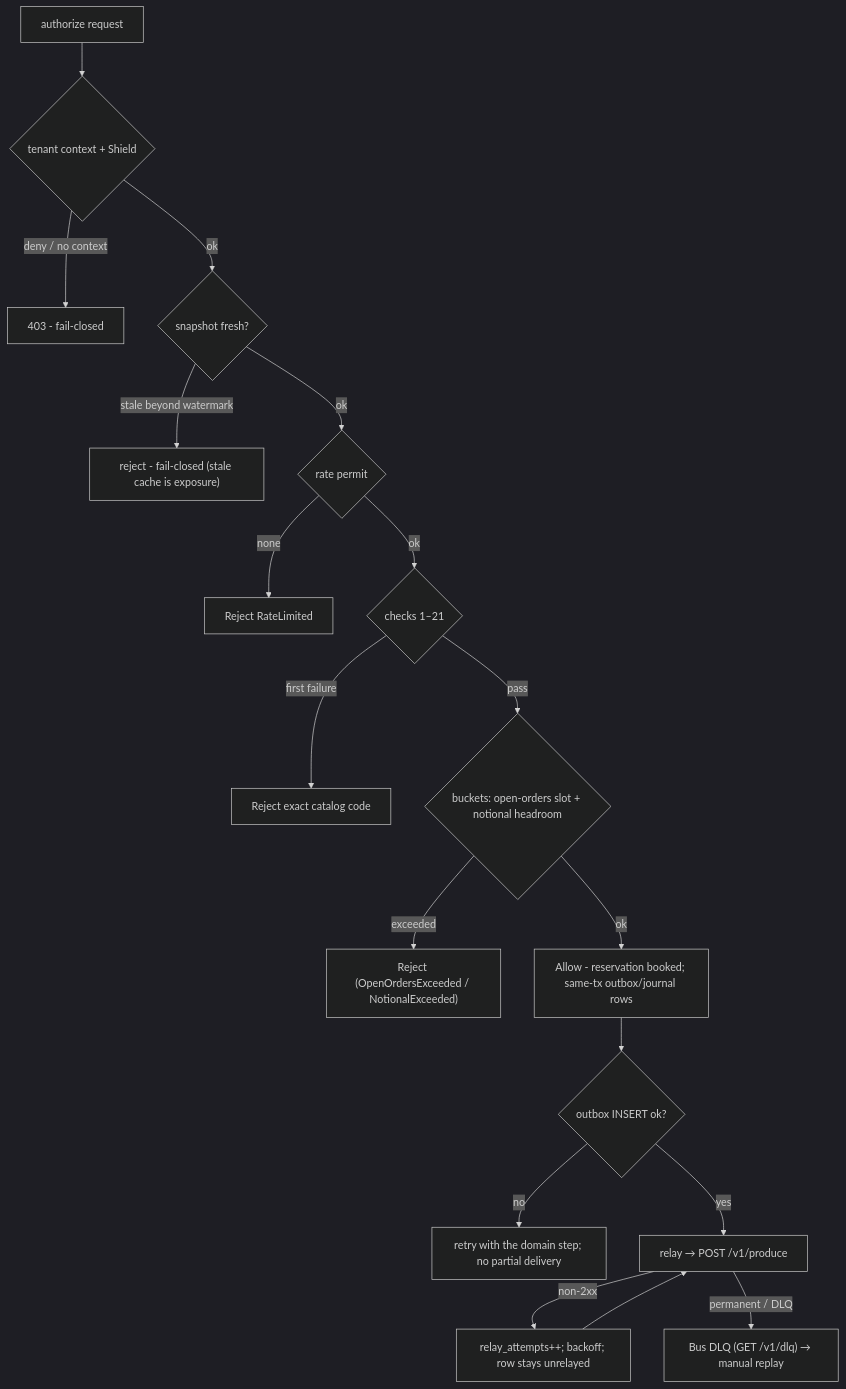
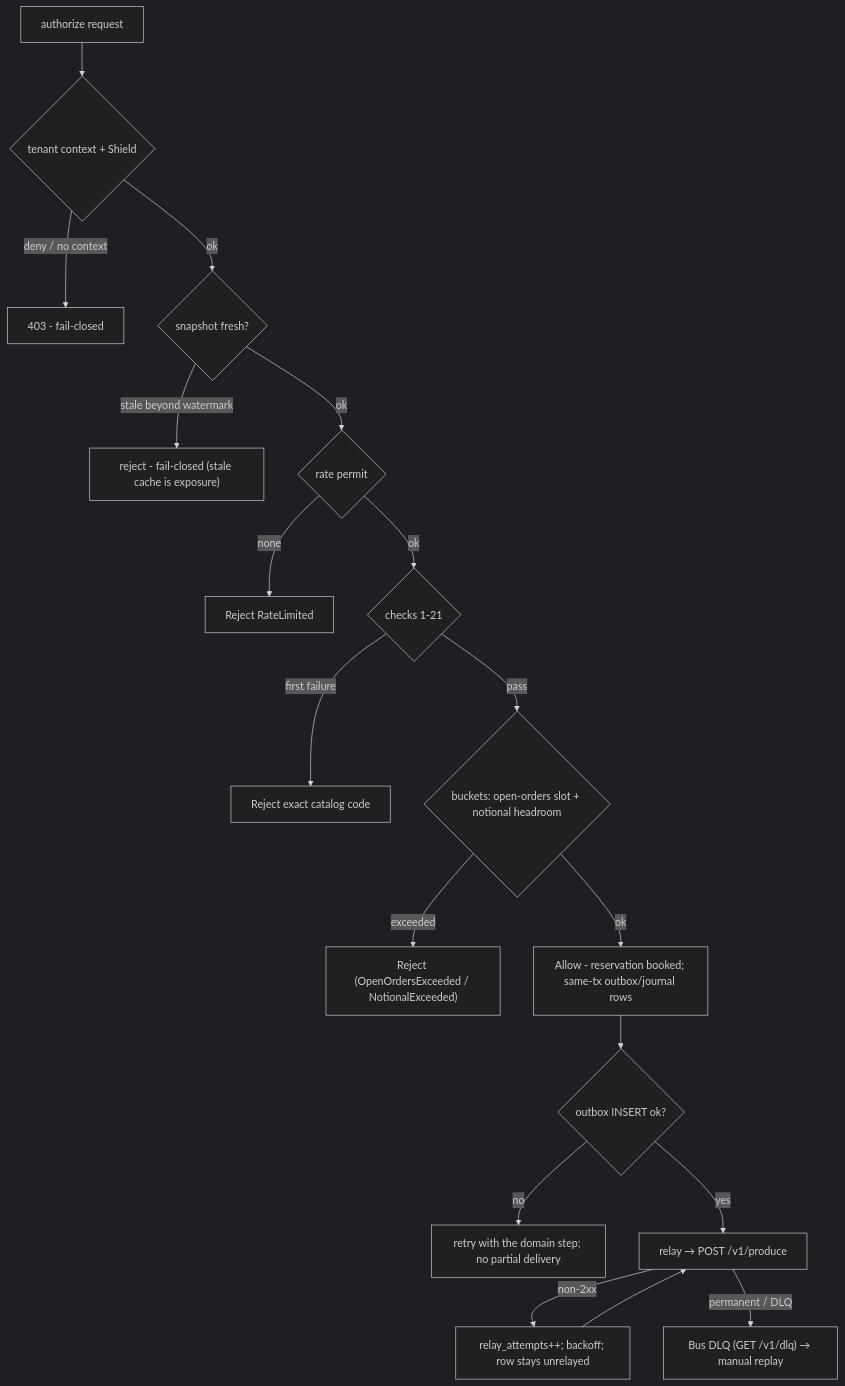
Diagram 11 of 14 in docs/products/risk/design.md (Exchange8-dev/exchange8-site), drawn with Mermaid (dark theme) before and after one commit. The commit also changed other lines of this file and 23 other files, not shown here.

````diff
--- a/docs/products/risk/design.md
+++ b/docs/products/risk/design.md
@@ -467,20 +467,20 @@
 ```mermaid
 flowchart TD
     REQ["authorize request"] --> CTX{"tenant context + Shield"}
     CTX -->|deny / no context| R403["403 - fail-closed"]
     CTX -->|ok| SNAP{"snapshot fresh?"}
     SNAP -->|stale beyond watermark| RST["reject - fail-closed (stale cache is exposure)"]
     SNAP -->|ok| PER{"rate permit"}
     PER -->|none| RRL["Reject RateLimited"]
-    PER -->|ok| MAT{"checks 1–21"}
+    PER -->|ok| MAT{"checks 1-21"}
     MAT -->|first failure| RCO["Reject exact catalog code"]
     MAT -->|pass| BUC{"buckets: open-orders slot + notional headroom"}
     BUC -->|exceeded| RLX["Reject (OpenOrdersExceeded / NotionalExceeded)"]
     BUC -->|ok| ALW["Allow - reservation booked; same-tx outbox/journal rows"]
     ALW --> OB{"outbox INSERT ok?"}
     OB -->|no| RET["retry with the domain step; no partial delivery"]
     OB -->|yes| RLY["relay → POST /v1/produce"]
     RLY -->|non-2xx| RET2["relay_attempts++; backoff; row stays unrelayed"]
     RET2 --> RLY
     RLY -->|permanent / DLQ| DLQ["Bus DLQ (GET /v1/dlq) → manual replay"]
 ```
````
